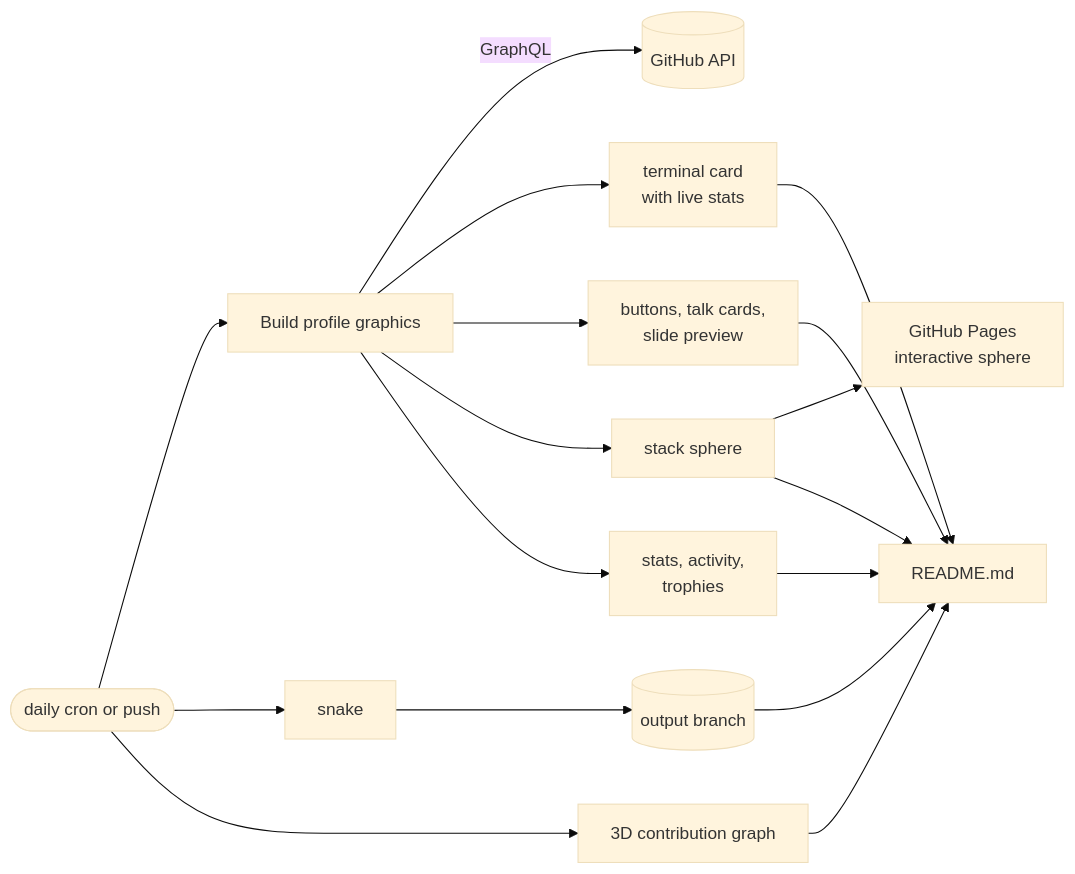
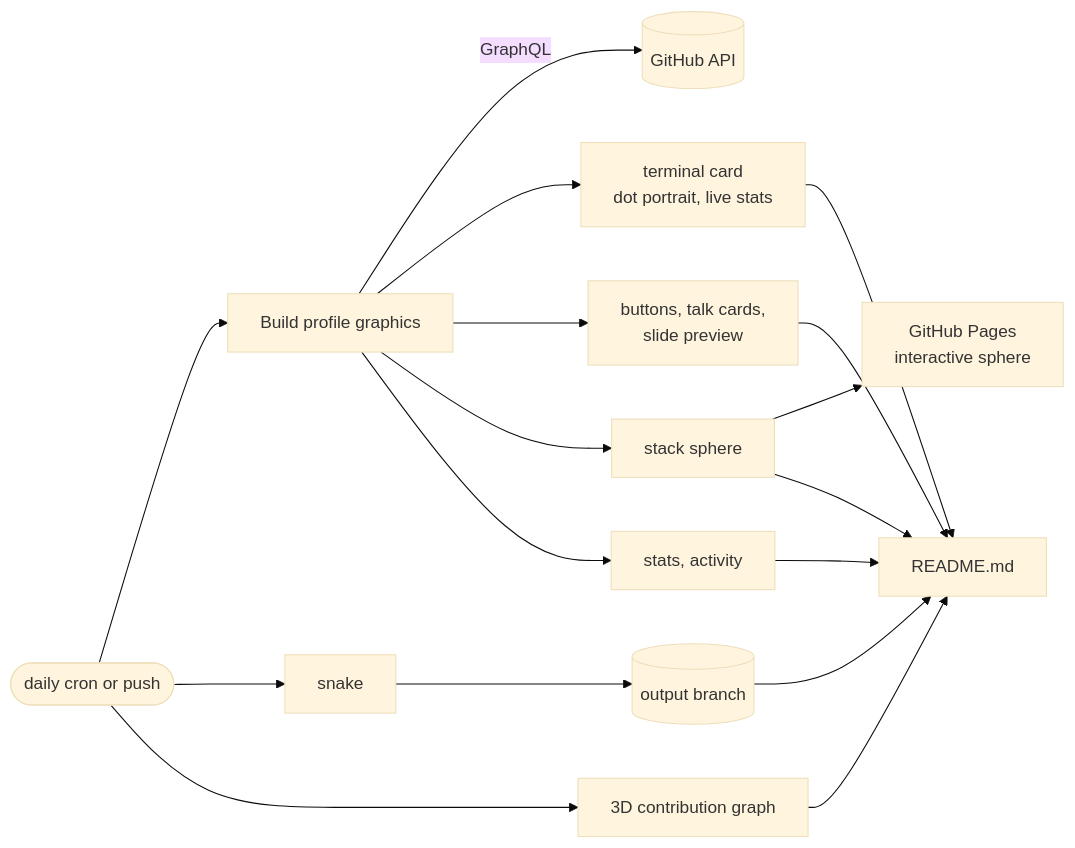
Before and after one commit to mella7/mella7: the diagram in README.md, drawn with Mermaid (base theme). The commit also changed other lines of this file and 9 other files, not shown here.

Commit message:
Rewrite README, replace ASCII face with dot portrait

````diff
--- a/README.md
+++ b/README.md
@@ -68,12 +88,12 @@
 ```mermaid
 flowchart LR
   trigger([daily cron or push]) --> build[Build profile graphics]
   build -->|GraphQL| api[(GitHub API)]
-  build --> card[terminal card<br>with live stats]
+  build --> card[terminal card<br>dot portrait, live stats]
   build --> media[buttons, talk cards,<br>slide preview]
   build --> sphere[stack sphere] --> pages[GitHub Pages<br>interactive sphere]
-  build --> charts[stats, activity,<br>trophies]
+  build --> charts[stats, activity]
   trigger --> snake[snake] --> out[(output branch)]
   trigger --> graph3d[3D contribution graph]
   card & media & sphere & charts & graph3d & out --> readme[README.md]
 ```
````
